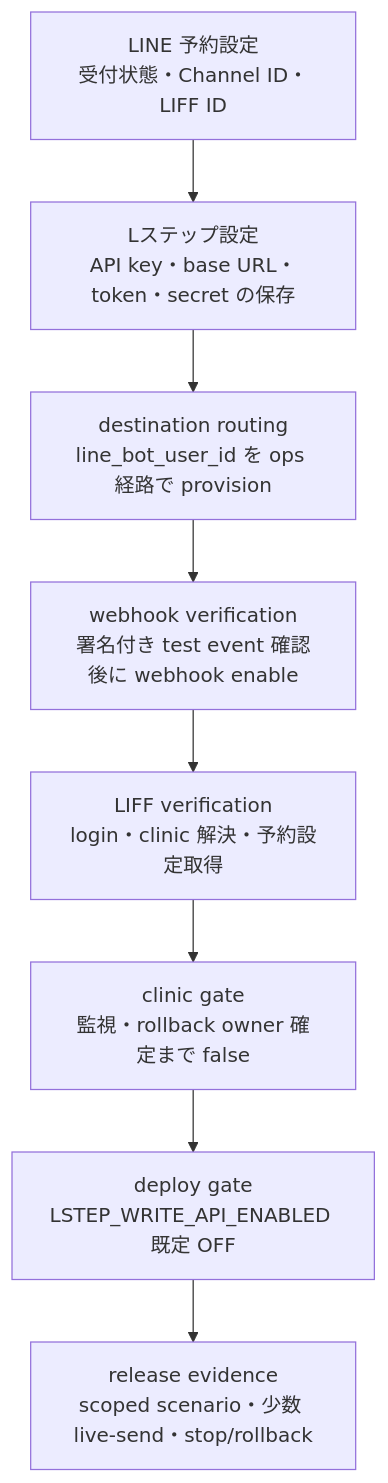
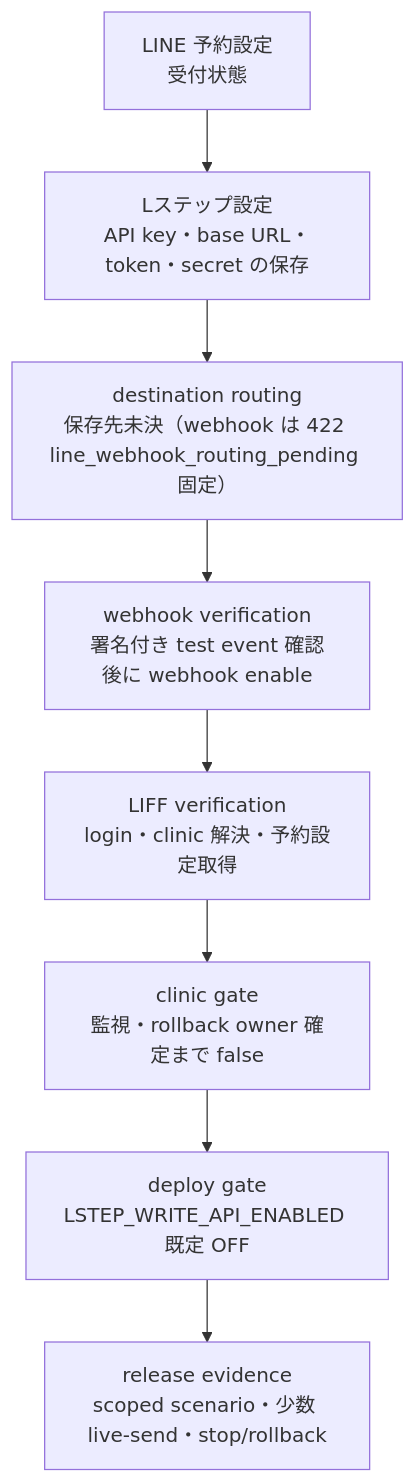
Before and after one commit to MinoruSoga/AnimalEkarte: the diagram in docs/spec/line/setup.md, drawn with Mermaid. The commit also changed other lines of this file and 11 other files, not shown here.

````diff
--- a/docs/spec/line/setup.md
+++ b/docs/spec/line/setup.md
@@ -47,13 +47,13 @@
 ```mermaid
 flowchart TB
-    S1["LINE 予約設定<br/>受付状態・Channel ID・LIFF ID"]
+    S1["LINE 予約設定<br/>受付状態"]
     S2["Lステップ設定<br/>API key・base URL・token・secret の保存"]
-    S3["destination routing<br/>line_bot_user_id を ops 経路で provision"]
+    S3["destination routing<br/>保存先未決（webhook は 422 line_webhook_routing_pending 固定）"]
     S4["webhook verification<br/>署名付き test event 確認後に webhook enable"]
     S5["LIFF verification<br/>login・clinic 解決・予約設定取得"]
     S6["clinic gate<br/>監視・rollback owner 確定まで false"]
     S7["deploy gate<br/>LSTEP_WRITE_API_ENABLED 既定 OFF"]
     S8["release evidence<br/>scoped scenario・少数 live-send・stop/rollback"]
 
     S1 --> S2 --> S3 --> S4 --> S5 --> S6 --> S7 --> S8
 ```
````
